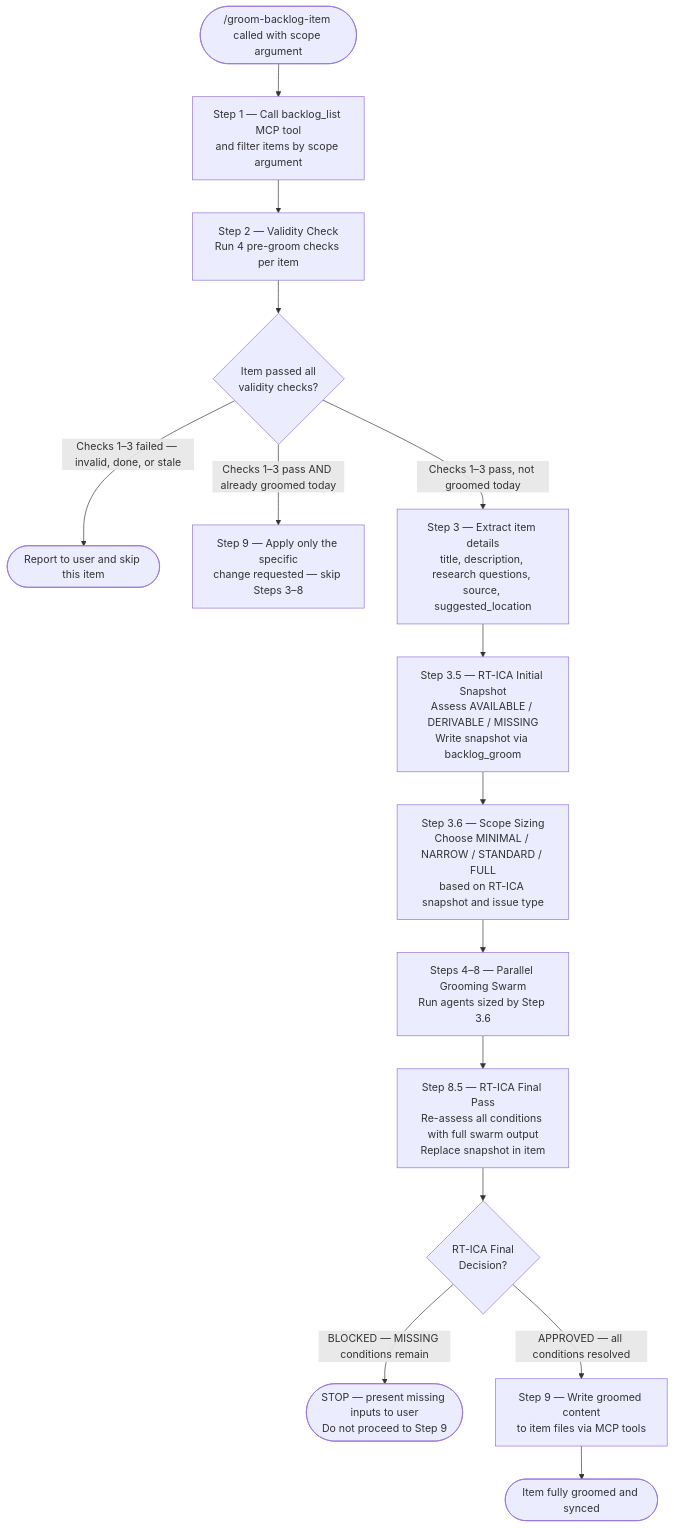
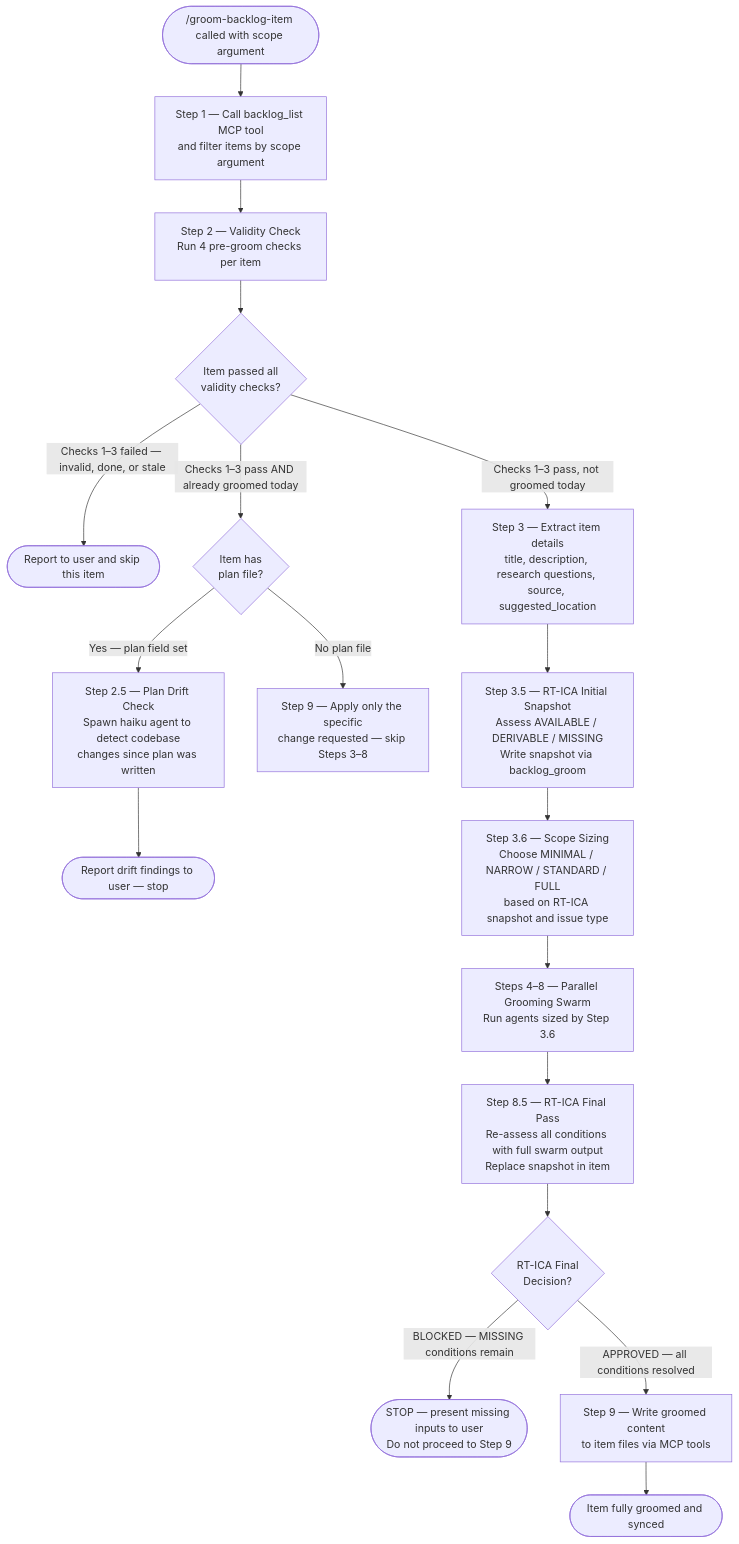
The first of 5 diagrams in .claude/skills/groom-backlog-item/SKILL.md (chgreer1070/claude_skills), drawn with Mermaid before and after one commit. The commit also changed other lines of this file, not shown here.

First line of the commit message:
feat(groom-backlog-item): add Plan Drift Check for groomed items with plans

````diff
--- a/.claude/skills/groom-backlog-item/SKILL.md
+++ b/.claude/skills/groom-backlog-item/SKILL.md
@@ -33,17 +33,20 @@
 ```mermaid
 flowchart TD
     Start(["/groom-backlog-item called with scope argument"]) --> S1["Step 1 — Call backlog_list MCP tool<br>and filter items by scope argument"]
     S1 --> S2["Step 2 — Validity Check<br>Run 4 pre-groom checks per item"]
     S2 --> S2Out{"Item passed all<br>validity checks?"}
     S2Out -->|"Checks 1–3 failed — invalid, done, or stale"| SkipReport(["Report to user and skip this item"])
-    S2Out -->|"Checks 1–3 pass AND already groomed today"| S9Direct["Step 9 — Apply only the specific<br>change requested — skip Steps 3–8"]
+    S2Out -->|"Checks 1–3 pass AND already groomed today"| PlanCheck{"Item has<br>plan file?"}
+    PlanCheck -->|"Yes — plan field set"| S25["Step 2.5 — Plan Drift Check<br>Spawn haiku agent to detect codebase<br>changes since plan was written"]
+    PlanCheck -->|"No plan file"| S9Direct["Step 9 — Apply only the specific<br>change requested — skip Steps 3–8"]
+    S25 --> DriftDone(["Report drift findings to user — stop"])
     S2Out -->|"Checks 1–3 pass, not groomed today"| S3["Step 3 — Extract item details<br>title, description, research questions, source, suggested_location"]
     S3 --> S35["Step 3.5 — RT-ICA Initial Snapshot<br>Assess AVAILABLE / DERIVABLE / MISSING<br>Write snapshot via backlog_groom"]
     S35 --> S36["Step 3.6 — Scope Sizing<br>Choose MINIMAL / NARROW / STANDARD / FULL<br>based on RT-ICA snapshot and issue type"]
     S36 --> S48["Steps 4–8 — Parallel Grooming Swarm<br>Run agents sized by Step 3.6"]
     S48 --> S85["Step 8.5 — RT-ICA Final Pass<br>Re-assess all conditions with full swarm output<br>Replace snapshot in item"]
     S85 --> FinalDecision{"RT-ICA Final<br>Decision?"}
     FinalDecision -->|"BLOCKED — MISSING conditions remain"| BlockedStop(["STOP — present missing inputs to user<br>Do not proceed to Step 9"])
     FinalDecision -->|"APPROVED — all conditions resolved"| S9["Step 9 — Write groomed content<br>to item files via MCP tools"]
     S9 --> Done(["Item fully groomed and synced"])
 ```
````
